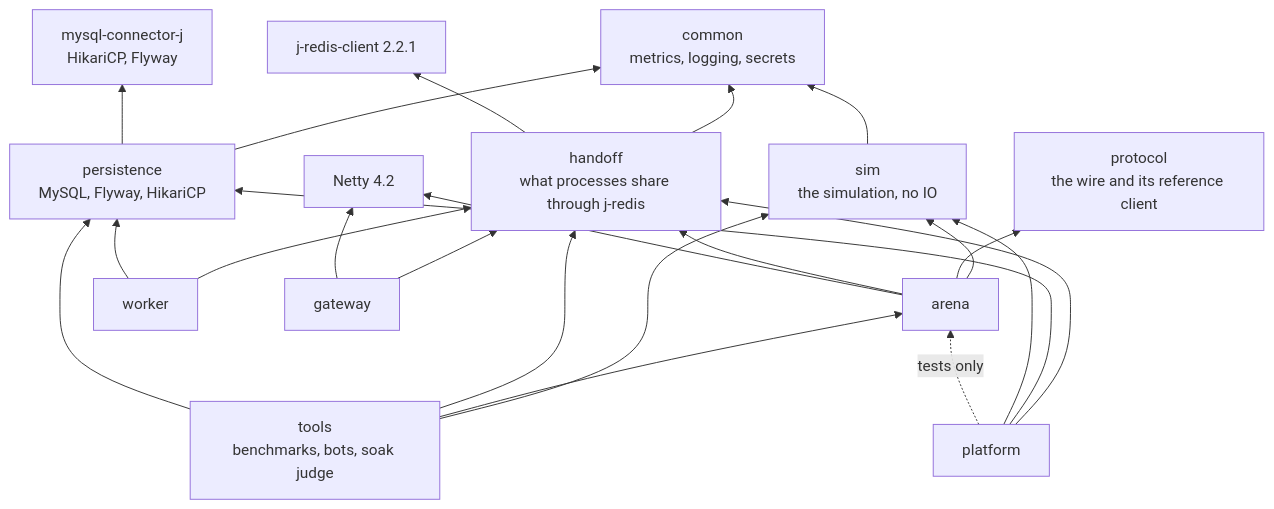
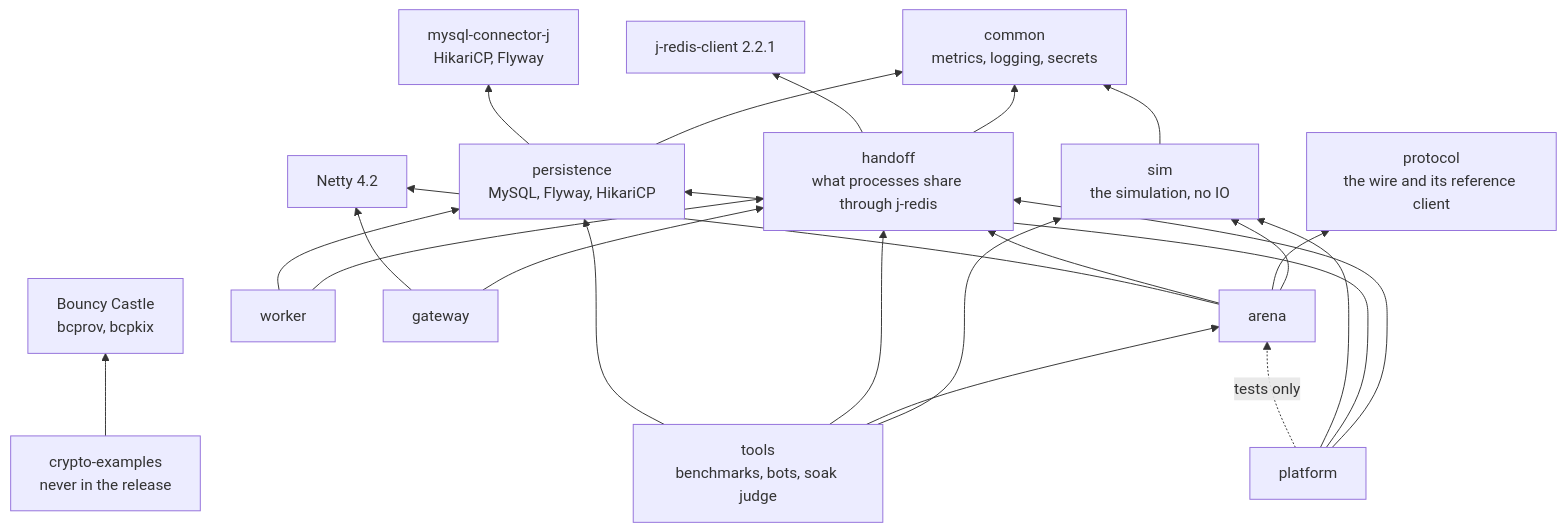
One commit to greensoft-atom/depio-simulation-platform changed the third of 6 diagrams in docs/diagrams/01-system.md. Above: the diagram before and after it, drawn with Mermaid. The commit also changed other lines of this file and 64 other files, not shown here.

````diff
--- a/docs/diagrams/01-system.md
+++ b/docs/diagrams/01-system.md
@@ -92,37 +92,40 @@
 ```mermaid
 flowchart BT
     common["common<br/>metrics, logging, secrets"]
     protocol["protocol<br/>the wire and its reference client"]
     sim["sim<br/>the simulation, no IO"]
     handoff["handoff<br/>what processes share through j-redis"]
     persistence["persistence<br/>MySQL, Flyway, HikariCP"]
     arena["arena"]
     platform["platform"]
     worker["worker"]
     gateway["gateway"]
     tools["tools<br/>benchmarks, bots, soak judge"]
+    cx["crypto-examples<br/>never in the release"]
     jredis["j-redis-client 2.2.1"]
     netty["Netty 4.2"]
     mysqllibs["mysql-connector-j<br/>HikariCP, Flyway"]
+    bc["Bouncy Castle<br/>bcprov, bcpkix"]
     sim --> common
     handoff --> common
     handoff --> jredis
     persistence --> common
     persistence --> mysqllibs
     arena --> sim
     arena --> protocol
     arena --> handoff
     arena --> netty
     gateway --> handoff
     gateway --> netty
     platform --> handoff
     platform --> persistence
     platform --> sim
     platform -.->|"tests only"| arena
     worker --> handoff
     worker --> persistence
     tools --> sim
     tools --> arena
     tools --> handoff
     tools --> persistence
+    cx --> bc
 ```
````
